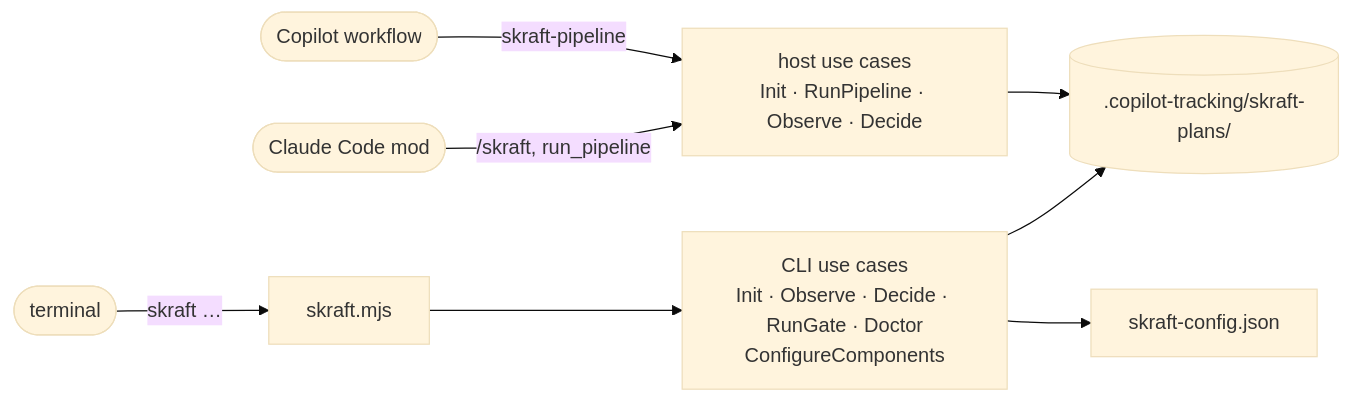
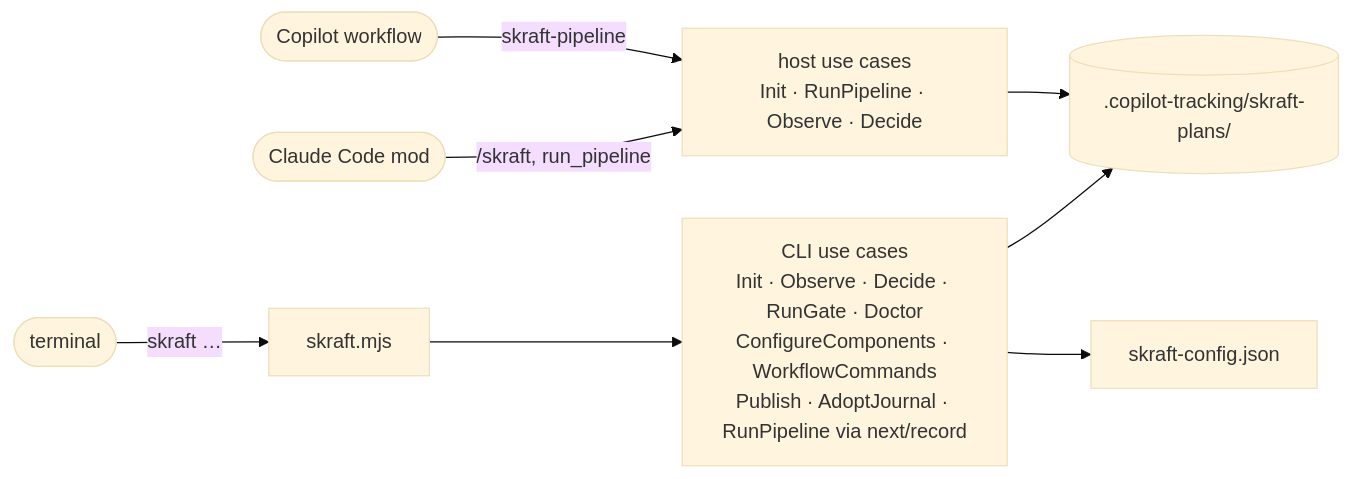
The first of 4 diagrams in docs/site/en/reference/cli.md (SebastienDegodez/skraft-plugin), drawn with Mermaid (base theme) before and after one commit. The commit also changed other lines of this file and 1 other file, not shown here.

First line of the commit message:
docs(site): document every skraft command in the CLI reference

````diff
--- a/docs/site/en/reference/cli.md
+++ b/docs/site/en/reference/cli.md
@@ -40,11 +41,11 @@
 ```mermaid
 flowchart LR
     T([terminal]) -->|skraft …| CLI[skraft.mjs]
     M([Claude Code mod]) -->|/skraft, run_pipeline| HP
     W([Copilot workflow]) -->|skraft-pipeline| HP
-    CLI --> UC[CLI use cases<br/>Init · Observe · Decide · RunGate · Doctor<br/>ConfigureComponents]
+    CLI --> UC[CLI use cases<br/>Init · Observe · Decide · RunGate · Doctor<br/>ConfigureComponents · WorkflowCommands<br/>Publish · AdoptJournal · RunPipeline via next/record]
     HP[host use cases<br/>Init · RunPipeline · Observe · Decide]
     UC --> J[(.copilot-tracking/skraft-plans/)]
     HP --> J
     UC --> C[skraft-config.json]
 ```
````
